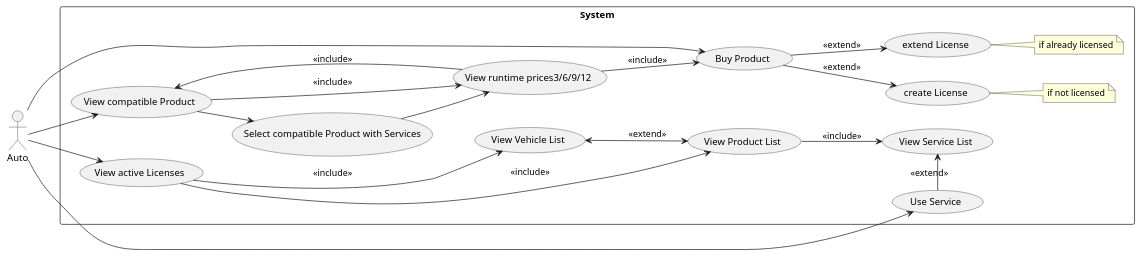
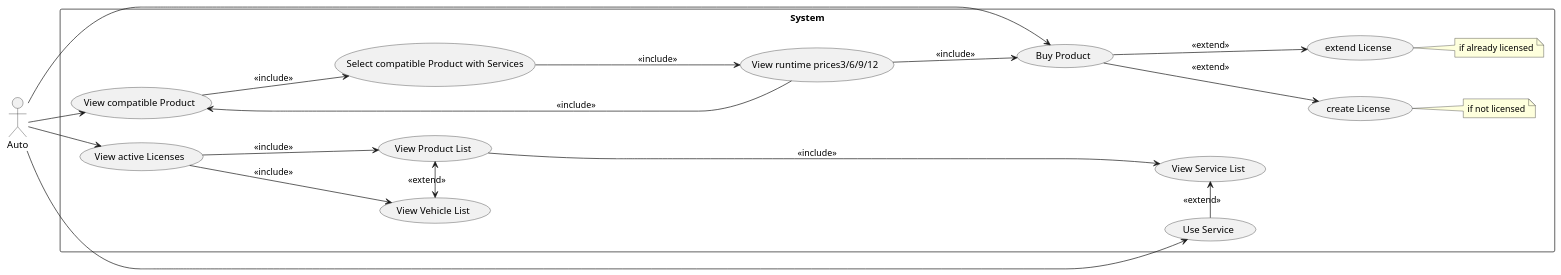
Before and after one commit to ljbg1996/car-backend: the diagram in use case.puml, drawn with PlantUML.

Commit message:
1.1.1 class und usecase

```diff
--- a/use case.puml
+++ b/use case.puml
@@ -1,33 +1,32 @@
 @startuml
 left to right direction
 
 actor "Auto" as at
 rectangle System{
 
 
 
-(View compatible Product) -> (Select compatible Product with Services): <<include>>
-(Select compatible Product with Services) -> (View runtime prices3/6/9/12): <<include>>
-(Buy Product) --> (extend License) : <<extend>>
-(Buy Product) --> (create License) : <<extend>>
+(View compatible Product) ---> (Select compatible Product with Services): <<include>>
+(Select compatible Product with Services) ----> (View runtime prices3/6/9/12): <<include>>
+(Buy Product) ---> (extend License) : <<extend>>
+(Buy Product) ---> (create License) : <<extend>>
 note right of (create License) : if not licensed
 note right of (extend License)
 if already licensed
 end note
 
-(View runtime prices3/6/9/12) --> (Buy Product) : << include>>
-(View compatible Product) -> (View runtime prices3/6/9/12) : <<include>>
-(View runtime prices3/6/9/12) --> (View compatible Product) : <<include>>
+(View runtime prices3/6/9/12) ---> (Buy Product) : << include>>
+(View runtime prices3/6/9/12) -----> (View compatible Product) : <<include>>
 
-(View active Licenses) --> (View Vehicle List): <<include>>
-(View active Licenses) --> (View Product List): <<include>>
-(View Vehicle List) <--> (View Product List): <<extend>>
-(View Product List) --> (View Service List): <<include>>
+(View active Licenses) ---> (View Vehicle List): <<include>>
+(View active Licenses) -> (View Product List): <<include>>
+(View Vehicle List) <-> (View Product List): <<extend>>
+(View Product List) -------> (View Service List): <<include>>
 (View Service List) <- (Use Service): <<extend>>
 }
 
 at --> (View compatible Product)
 at --> (Buy Product)
 at -> (View active Licenses)
-at -> (Use Service)
+at ----------> (Use Service)
 @enduml
```
